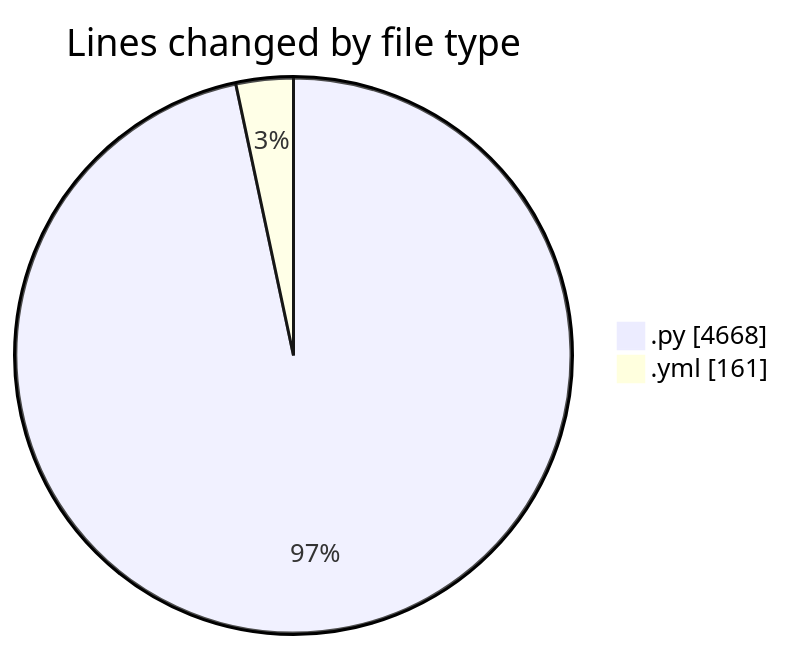
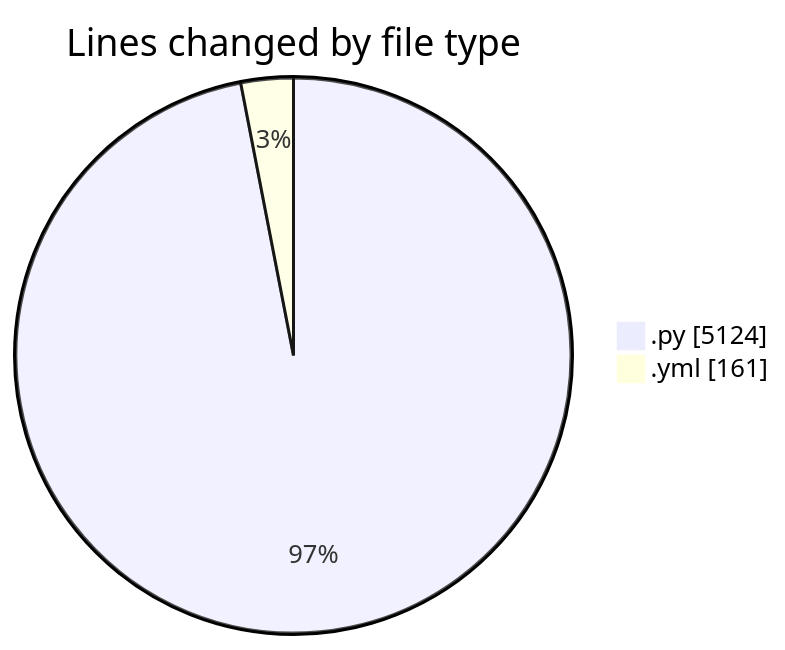
The first of 2 diagrams in 2025-10-15/eventscop-api-guide__workspace_/README.md (julien-gomy/code-tracking), drawn with Mermaid before and after one commit. The commit also changed other lines of this file and 1 other file, not shown here.

````diff
--- a/2025-10-15/eventscop-api-guide__workspace_/README.md
+++ b/2025-10-15/eventscop-api-guide__workspace_/README.md
@@ -30,6 +32,6 @@
 ```mermaid
 pie showData
 title Lines changed by file type
-".py" : 4668
+".py" : 5124
 ".yml" : 161
 ```
````
